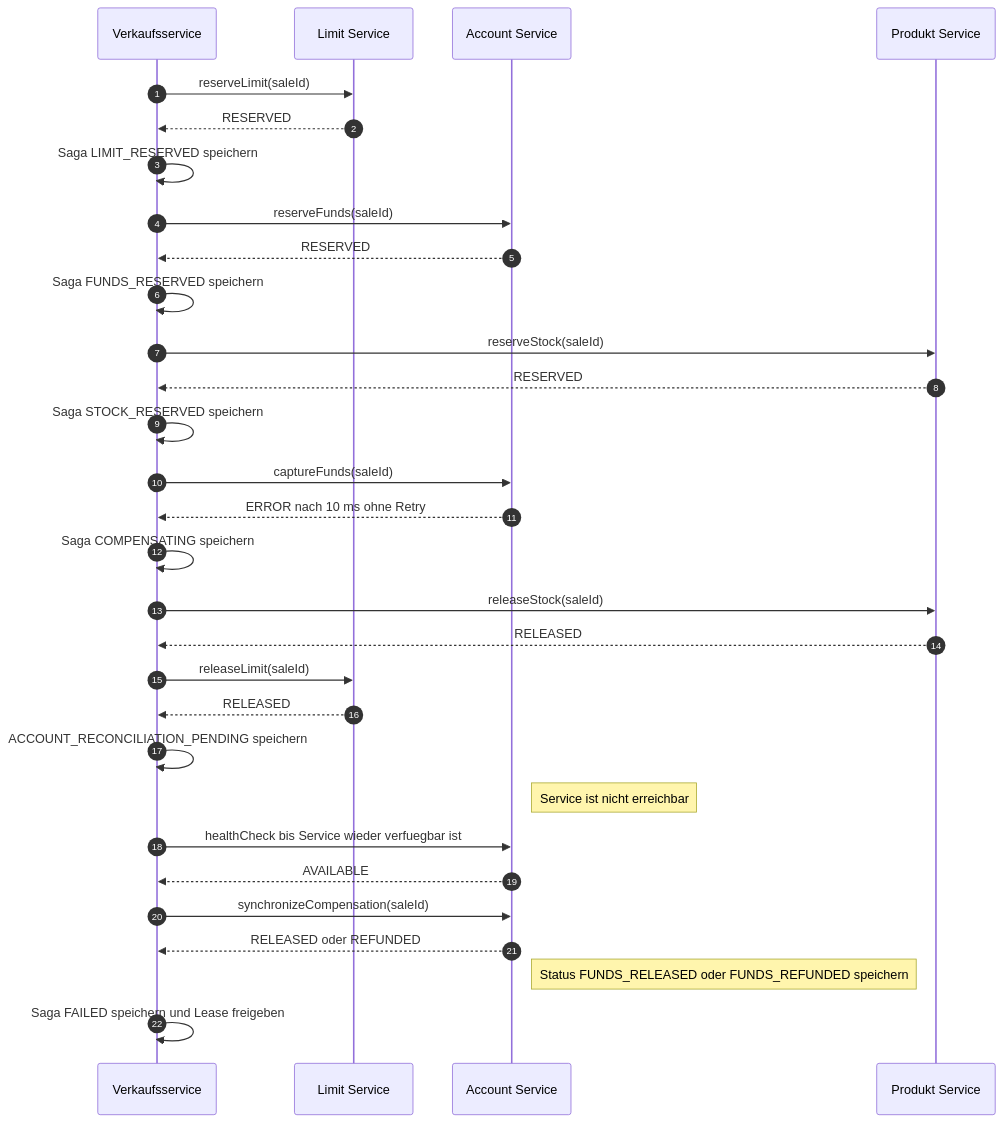
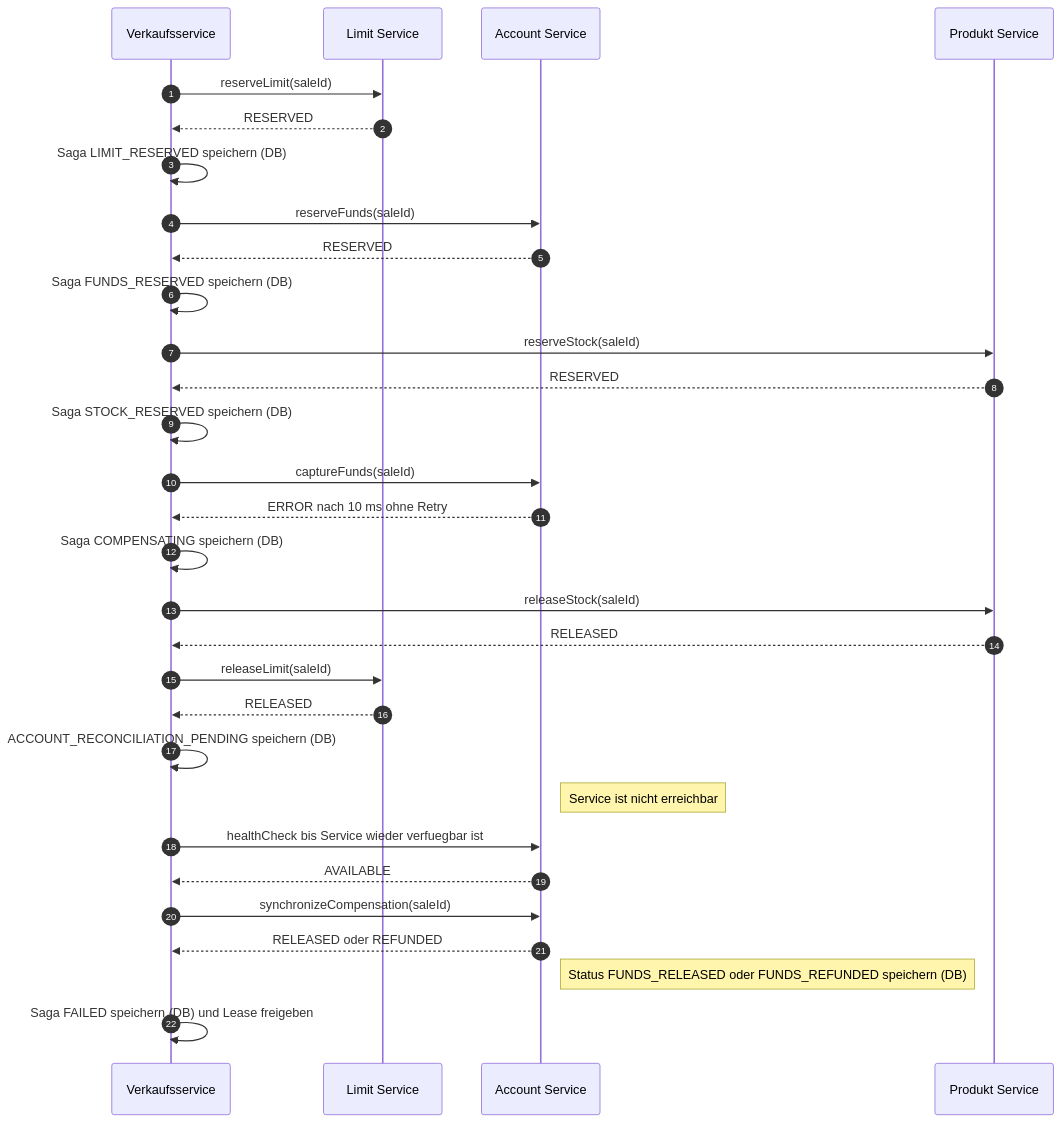
The sixth of 29 diagrams in project-2/abgabe_projekt_2.md (Adrian-Hansen-dev/second-hand-ticket-app), drawn with Mermaid before and after one commit. The commit also changed other lines of this file, not shown here.

First line of the commit message:
Projekt 2: Persistenz und Recovery ergänzt

````diff
--- a/project-2/abgabe_projekt_2.md
+++ b/project-2/abgabe_projekt_2.md
@@ -221,34 +243,34 @@
 ```mermaid
 sequenceDiagram
     autonumber
     participant VS as Verkaufsservice
     participant LS as Limit Service
     participant AS as Account Service
     participant PS as Produkt Service
 
     VS->>LS: reserveLimit(saleId)
     LS-->>VS: RESERVED
-    VS->>VS: Saga LIMIT_RESERVED speichern
+    VS->>VS: Saga LIMIT_RESERVED speichern (DB)
     VS->>AS: reserveFunds(saleId)
     AS-->>VS: RESERVED
-    VS->>VS: Saga FUNDS_RESERVED speichern
+    VS->>VS: Saga FUNDS_RESERVED speichern (DB)
     VS->>PS: reserveStock(saleId)
     PS-->>VS: RESERVED
-    VS->>VS: Saga STOCK_RESERVED speichern
+    VS->>VS: Saga STOCK_RESERVED speichern (DB)
 
     VS->>AS: captureFunds(saleId)
     AS-->>VS: ERROR nach 10 ms ohne Retry
-    VS->>VS: Saga COMPENSATING speichern
+    VS->>VS: Saga COMPENSATING speichern (DB)
     VS->>PS: releaseStock(saleId)
     PS-->>VS: RELEASED
     VS->>LS: releaseLimit(saleId)
     LS-->>VS: RELEASED
-    VS->>VS: ACCOUNT_RECONCILIATION_PENDING speichern
+    VS->>VS: ACCOUNT_RECONCILIATION_PENDING speichern (DB)
     Note right of AS: Service ist nicht erreichbar
     VS->>AS: healthCheck bis Service wieder verfuegbar ist
     AS-->>VS: AVAILABLE
     VS->>AS: synchronizeCompensation(saleId)
     AS-->>VS: RELEASED oder REFUNDED
-    Note right of AS: Status FUNDS_RELEASED oder FUNDS_REFUNDED speichern
-    VS->>VS: Saga FAILED speichern und Lease freigeben
+    Note right of AS: Status FUNDS_RELEASED oder FUNDS_REFUNDED speichern (DB)
+    VS->>VS: Saga FAILED speichern (DB) und Lease freigeben
 ```
````
